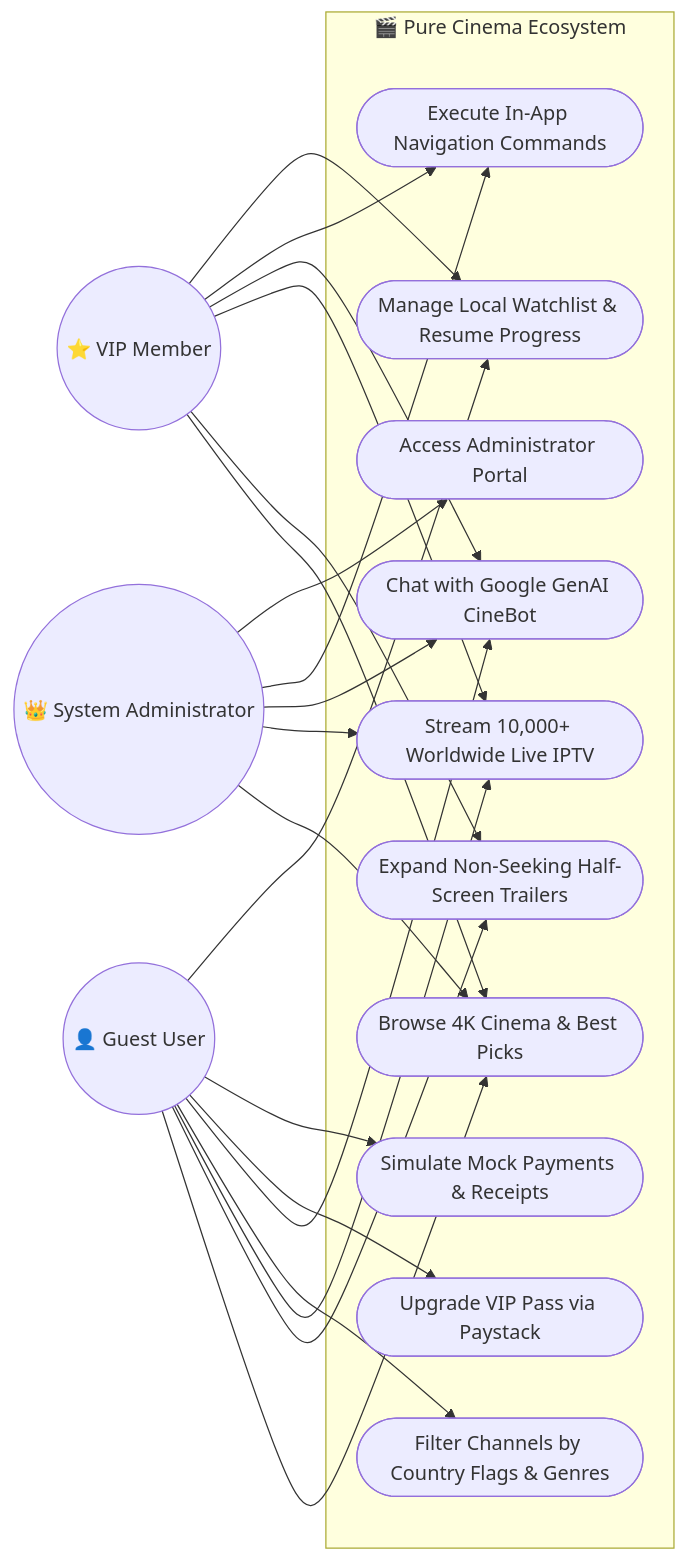
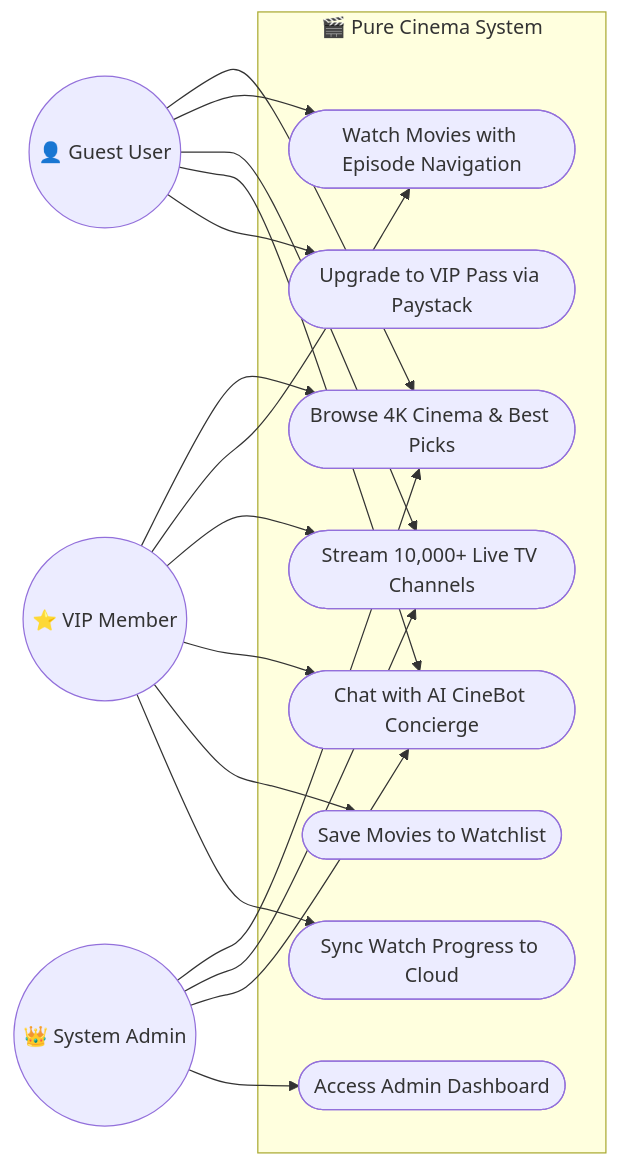
The first of 2 diagrams in README.md (JaimeCabary/Pure-Cinema-Flutter), drawn with Mermaid before and after one commit. The commit also changed other lines of this file and 12 other files, not shown here.

Commit message:
Add 10 distinct cinema categories with See More chevrons and search routing, integrate Gemini 3.5 Flash model rotator swarm, fix CORS, manifest black theme, Resend emails, and VIP geometric whorls

````diff
--- a/README.md
+++ b/README.md
@@ -58,41 +82,35 @@
 ```mermaid
 graph LR
     actorGuest(("👤 Guest User"))
     actorVIP(("⭐ VIP Member"))
-    actorAdmin(("👑 System Administrator"))
+    actorAdmin(("👑 System Admin"))
 
-    subgraph PureCinemaSystem ["🎬 Pure Cinema Ecosystem"]
+    subgraph PureCinemaSystem ["🎬 Pure Cinema System"]
         UC1(["Browse 4K Cinema & Best Picks"])
-        UC2(["Expand Non-Seeking Half-Screen Trailers"])
-        UC3(["Stream 10,000+ Worldwide Live IPTV"])
-        UC4(["Filter Channels by Country Flags & Genres"])
-        UC5(["Chat with Google GenAI CineBot"])
-        UC6(["Execute In-App Navigation Commands"])
-        UC7(["Upgrade VIP Pass via Paystack"])
-        UC8(["Simulate Mock Payments & Receipts"])
-        UC9(["Manage Local Watchlist & Resume Progress"])
-        UC10(["Access Administrator Portal"])
+        UC2(["Watch Movies with Episode Navigation"])
+        UC3(["Stream 10,000+ Live TV Channels"])
+        UC4(["Chat with AI CineBot Concierge"])
+        UC5(["Save Movies to Watchlist"])
+        UC6(["Upgrade to VIP Pass via Paystack"])
+        UC7(["Sync Watch Progress to Cloud"])
+        UC8(["Access Admin Dashboard"])
     end
 
     actorGuest --> UC1
     actorGuest --> UC2
     actorGuest --> UC3
     actorGuest --> UC4
-    actorGuest --> UC5
-    actorGuest --> UC7
-    actorGuest --> UC8
-    actorGuest --> UC9
+    actorGuest --> UC6
 
     actorVIP --> UC1
     actorVIP --> UC2
     actorVIP --> UC3
+    actorVIP --> UC4
     actorVIP --> UC5
-    actorVIP --> UC6
-    actorVIP --> UC9
+    actorVIP --> UC7
 
     actorAdmin --> UC1
     actorAdmin --> UC3
-    actorAdmin --> UC5
-    actorAdmin --> UC6
-    actorAdmin --> UC10
+    actorAdmin --> UC4
+    actorAdmin --> UC8
 ```
````
